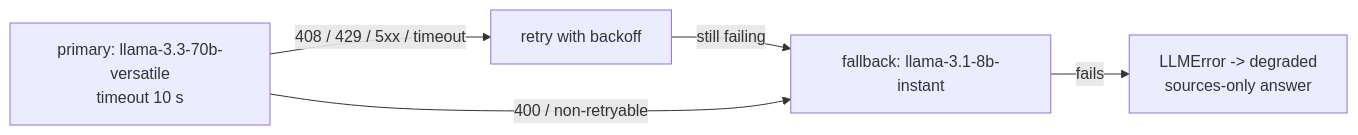
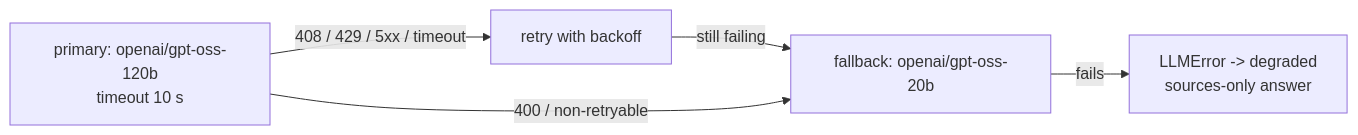
Before and after one commit to pavanaditya123/healthcare-rag-assistant: diagram 13 of 14 in README.md, drawn with Mermaid. The commit also changed other lines of this file, not shown here.

````diff
--- a/README.md
+++ b/README.md
@@ -621,7 +631,7 @@
 ```mermaid
 flowchart LR
-    P["primary: llama-3.3-70b-versatile<br/>timeout 10 s"] -- "408 / 429 / 5xx / timeout" --> R["retry with backoff"]
-    R -- "still failing" --> F["fallback: llama-3.1-8b-instant"]
+    P["primary: openai/gpt-oss-120b<br/>timeout 10 s"] -- "408 / 429 / 5xx / timeout" --> R["retry with backoff"]
+    R -- "still failing" --> F["fallback: openai/gpt-oss-20b"]
     P -- "400 / non-retryable" --> F
     F -- "fails" --> S["LLMError -> degraded<br/>sources-only answer"]
 ```
````
